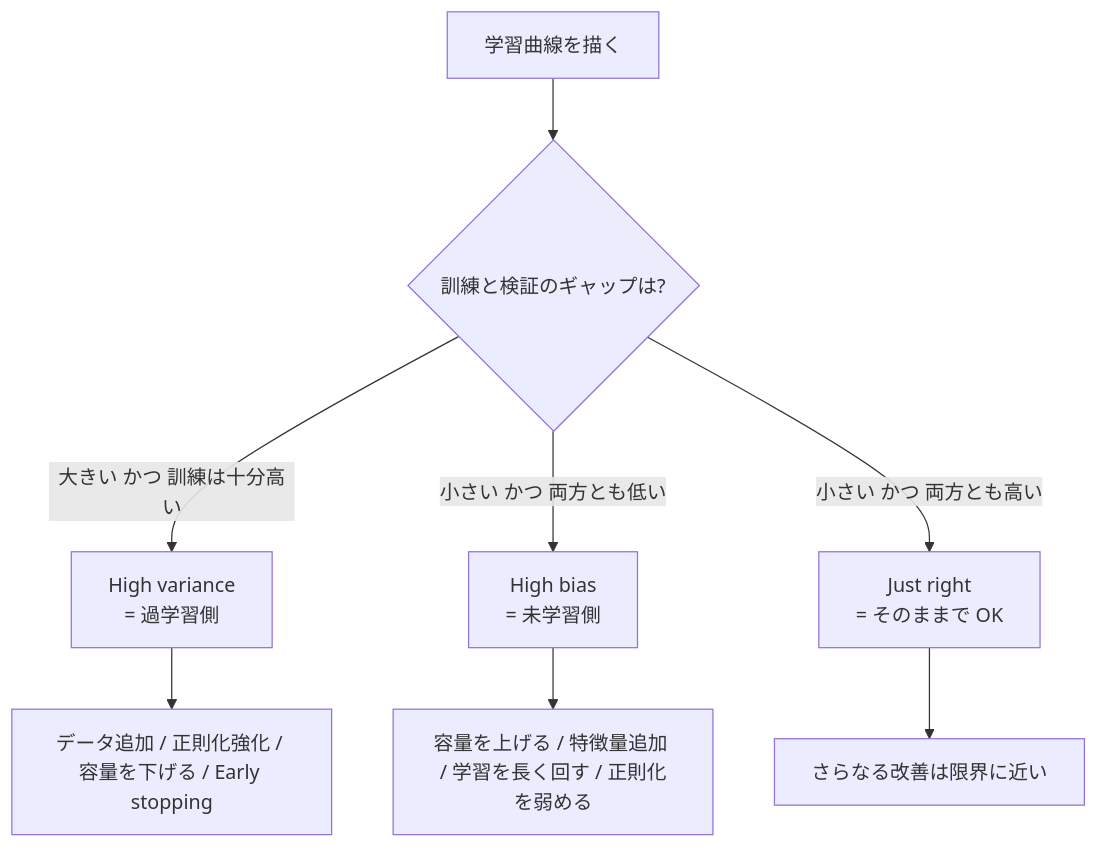
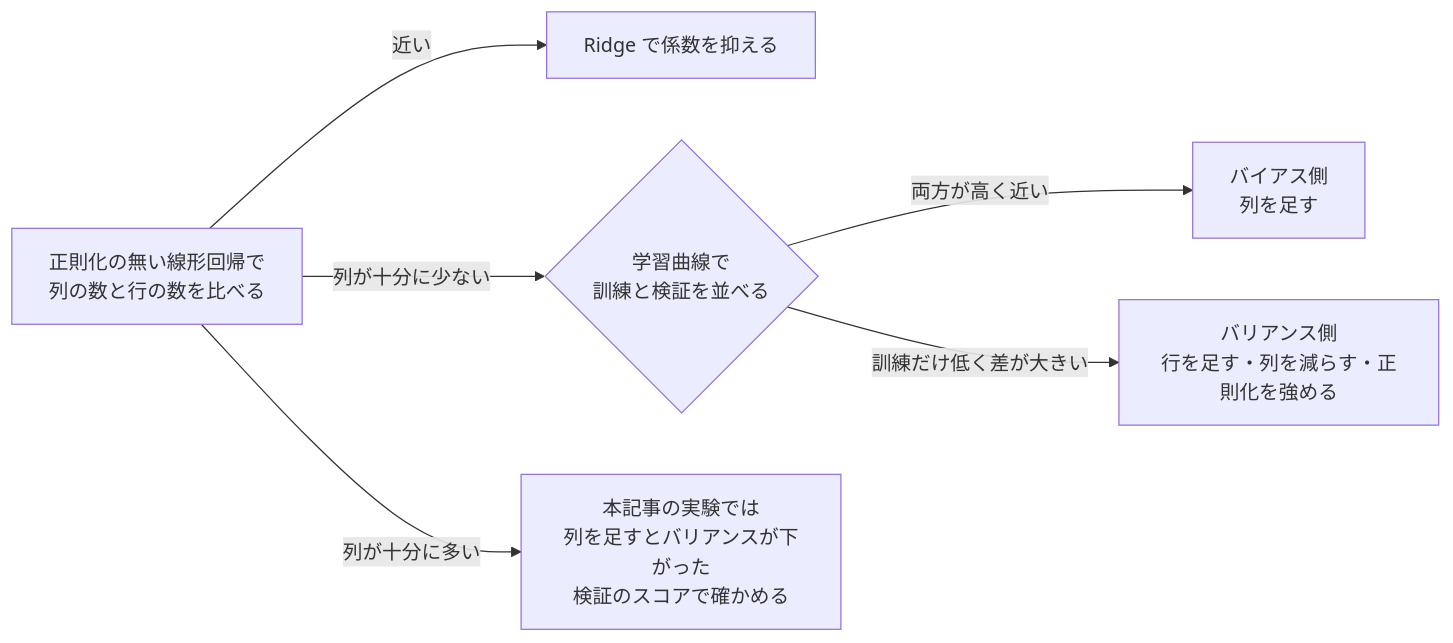
Before and after one commit to nao1215/debimate: the diagram in projects/ml/notes/ml/bias-variance-tradeoff/index.md, drawn with Mermaid. The commit also changed other lines of this file and 14 other files, not shown here.

Commit message:
docs(ml): rewrite bias-variance-tradeoff note around variance spiking where columns match rows

````diff
--- a/projects/ml/notes/ml/bias-variance-tradeoff/index.md
+++ b/projects/ml/notes/ml/bias-variance-tradeoff/index.md
@@ -200,10 +363,8 @@
 ```mermaid
-graph TD
-    A["学習曲線を描く"] --> B{"訓練と検証のギャップは?"}
-    B -->|"大きい かつ 訓練は十分高い"| C["High variance<br/>= 過学習側"]
-    B -->|"小さい かつ 両方とも低い"| D["High bias<br/>= 未学習側"]
-    B -->|"小さい かつ 両方とも高い"| E["Just right<br/>= そのままで OK"]
-    C --> C1["データ追加 / 正則化強化 / 容量を下げる / Early stopping"]
-    D --> D1["容量を上げる / 特徴量追加 / 学習を長く回す / 正則化を弱める"]
-    E --> E1["さらなる改善は限界に近い"]
+flowchart LR
+    A["正則化の無い線形回帰で<br>列の数と行の数を比べる"] -->|"近い"| B["Ridge で係数を抑える"]
+    A -->|"列が十分に少ない"| C{"学習曲線で<br>訓練と検証を並べる"}
+    A -->|"列が十分に多い"| F["本記事の実験では<br>列を足すとバリアンスが下がった<br>検証のスコアで確かめる"]
+    C -->|"両方が高く近い"| D["バイアス側<br>列を足す"]
+    C -->|"訓練だけ低く差が大きい"| E["バリアンス側<br>行を足す・列を減らす・正則化を強める"]
 ```
````
